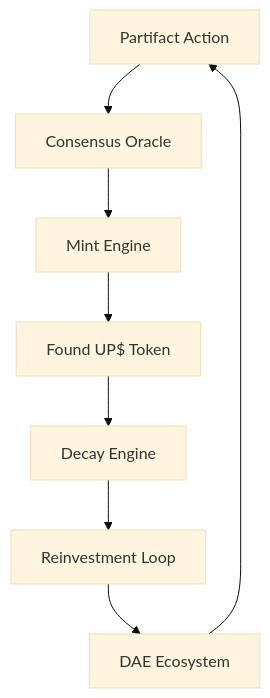
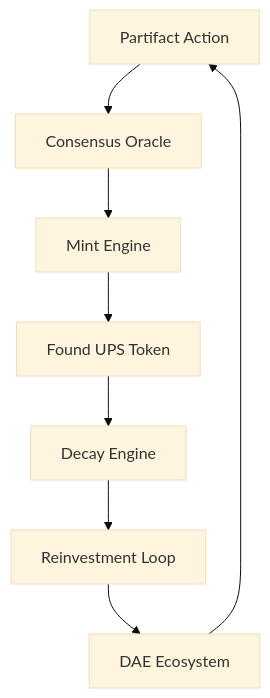
The diagram in WSP_framework/src/WSP_26_FoundUPS_DAE_Tokenization.md (Foundup/Foundups-Agent), drawn with Mermaid (base theme) before and after one commit. The commit also changed other lines of this file and 306 other files, not shown here.

````diff
--- a/WSP_framework/src/WSP_26_FoundUPS_DAE_Tokenization.md
+++ b/WSP_framework/src/WSP_26_FoundUPS_DAE_Tokenization.md
@@ -81,10 +88,10 @@
 ```mermaid
 graph TD
     A[Partifact Action] --> B[Consensus Oracle]
     B --> C[Mint Engine]
-    C --> D[Found UP$ Token]
+    C --> D[Found UPS Token]
     D --> E[Decay Engine]
     E --> F[Reinvestment Loop]
     F --> G[DAE Ecosystem]
     G --> A
 ```
````
